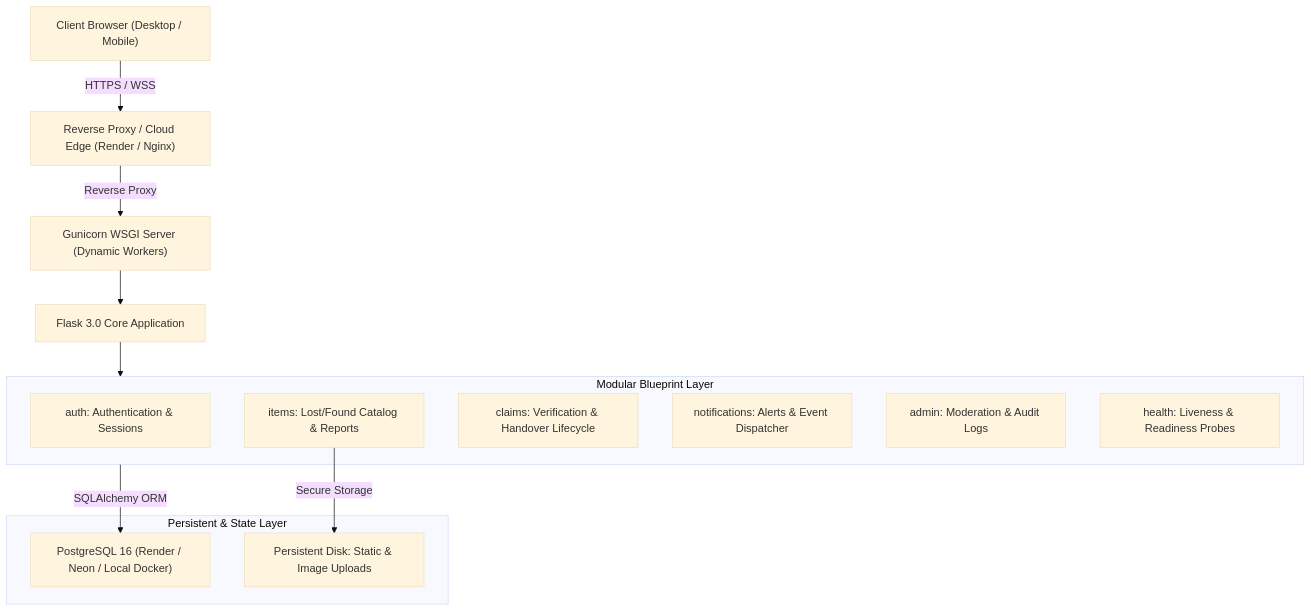
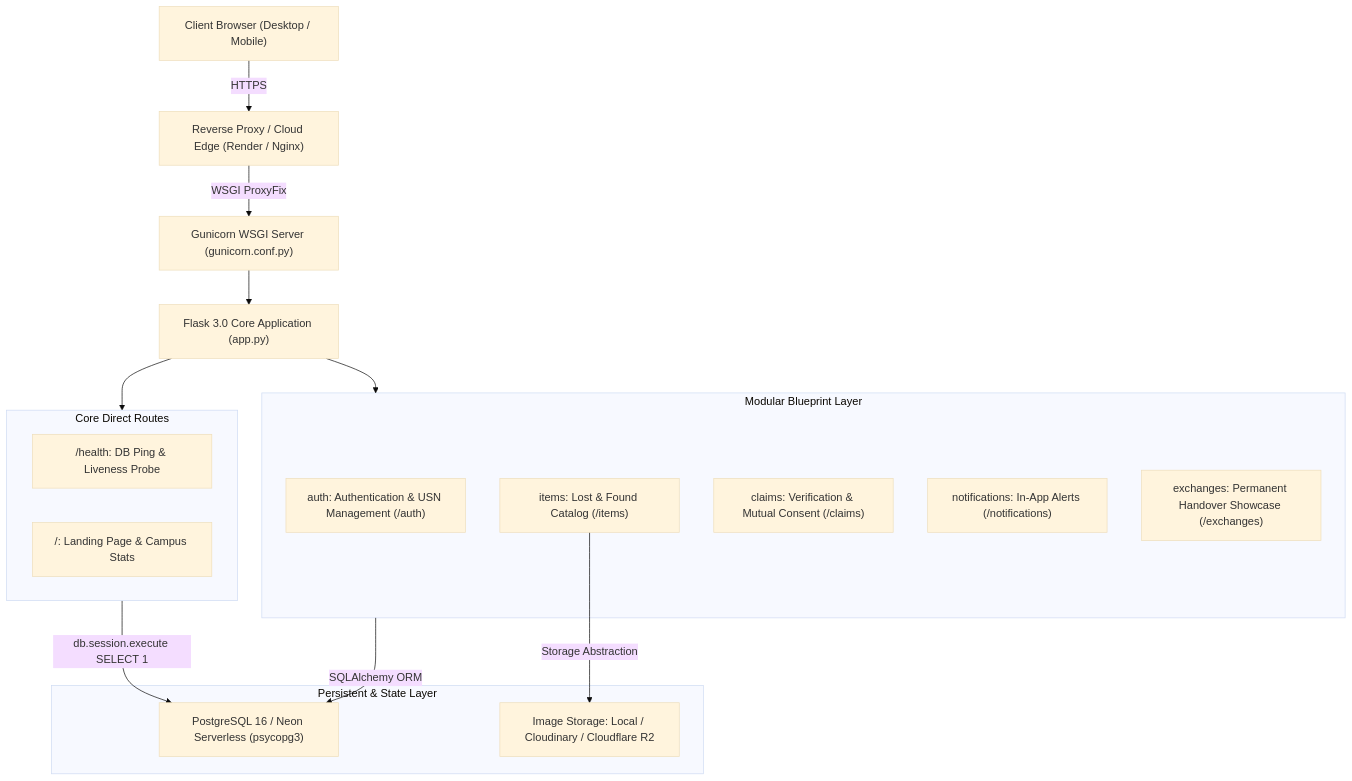
One commit to 2025csharshswamic-sketch/DEVOPS-LAB changed the first of 3 diagrams in docs/ARCHITECTURE.md. Above: the diagram before and after it, drawn with Mermaid (base theme). The commit also changed other lines of this file and 2 other files, not shown here.

Commit message:
docs(boomerang): update architecture, containerization, and test metrics to match upstream

````diff
--- a/docs/ARCHITECTURE.md
+++ b/docs/ARCHITECTURE.md
@@ -7,28 +7,34 @@
 ```mermaid
 flowchart TD
     Client["Client Browser (Desktop / Mobile)"]
     Proxy["Reverse Proxy / Cloud Edge (Render / Nginx)"]
-    Gunicorn["Gunicorn WSGI Server (Dynamic Workers)"]
-    Flask["Flask 3.0 Core Application"]
+    Gunicorn["Gunicorn WSGI Server (gunicorn.conf.py)"]
+    Flask["Flask 3.0 Core Application (app.py)"]
     
     subgraph Blueprints ["Modular Blueprint Layer"]
-        AuthBP["auth: Authentication & Sessions"]
-        ItemsBP["items: Lost/Found Catalog & Reports"]
-        ClaimsBP["claims: Verification & Handover Lifecycle"]
-        NotifBP["notifications: Alerts & Event Dispatcher"]
-        AdminBP["admin: Moderation & Audit Logs"]
-        HealthBP["health: Liveness & Readiness Probes"]
+        AuthBP["auth: Authentication & USN Management (/auth)"]
+        ItemsBP["items: Lost & Found Catalog (/items)"]
+        ClaimsBP["claims: Verification & Mutual Consent (/claims)"]
+        NotifBP["notifications: In-App Alerts (/notifications)"]
+        ExchangesBP["exchanges: Permanent Handover Showcase (/exchanges)"]
+    end
+
+    subgraph DirectRoutes ["Core Direct Routes"]
+        HealthRoute["/health: DB Ping & Liveness Probe"]
+        IndexRoute["/: Landing Page & Campus Stats"]
     end
 
     subgraph Storage ["Persistent & State Layer"]
-        PG["PostgreSQL 16 (Render / Neon / Local Docker)"]
-        Uploads["Persistent Disk: Static & Image Uploads"]
+        PG["PostgreSQL 16 / Neon Serverless (psycopg3)"]
+        StorageEngine["Image Storage: Local / Cloudinary / Cloudflare R2"]
     end
 
-    Client -->|HTTPS / WSS| Proxy
-    Proxy -->|Reverse Proxy| Gunicorn
+    Client -->|HTTPS| Proxy
+    Proxy -->|WSGI ProxyFix| Gunicorn
     Gunicorn --> Flask
     Flask --> Blueprints
+    Flask --> DirectRoutes
     Blueprints -->|SQLAlchemy ORM| PG
-    ItemsBP -->|Secure Storage| Uploads
+    ItemsBP -->|Storage Abstraction| StorageEngine
+    DirectRoutes -->|db.session.execute SELECT 1| PG
 ```
````
